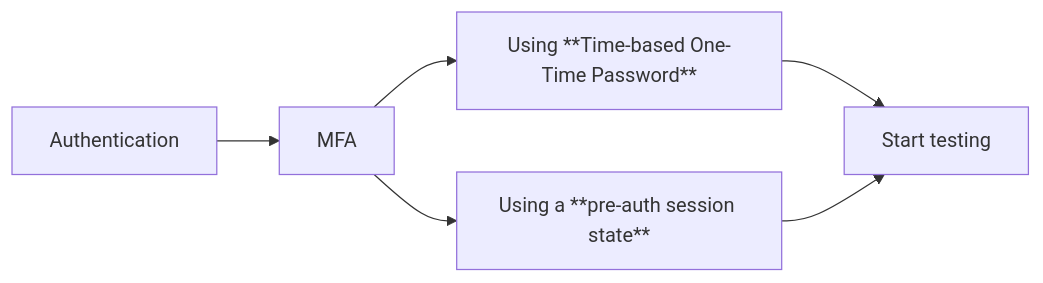
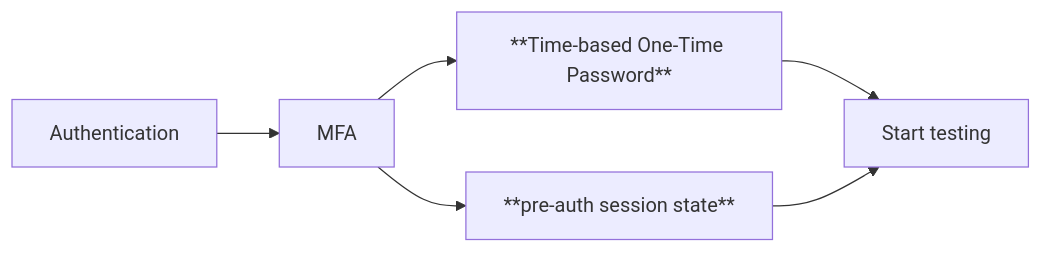
One commit to estruyf/presentation-web-quality-playwright changed the diagram in .demo/slides/auth.md. Above: the diagram before and after it, drawn with Mermaid. The commit also changed 3 other files, not shown here.

````diff
--- a/.demo/slides/auth.md
+++ b/.demo/slides/auth.md
@@ -78,14 +78,14 @@
 ```mermaid
 flowchart LR
   a[Authentication]
   c[MFA]
-  d[Using **Time-based One-Time Password**]
-  e[Using a **pre-auth session state**]
+  d[**Time-based One-Time Password**]
+  e[**pre-auth session state**]
   f[Start testing]
 
   a --> c
   c --> d
   d --> f
   c --> e
   e --> f
 ```
````
